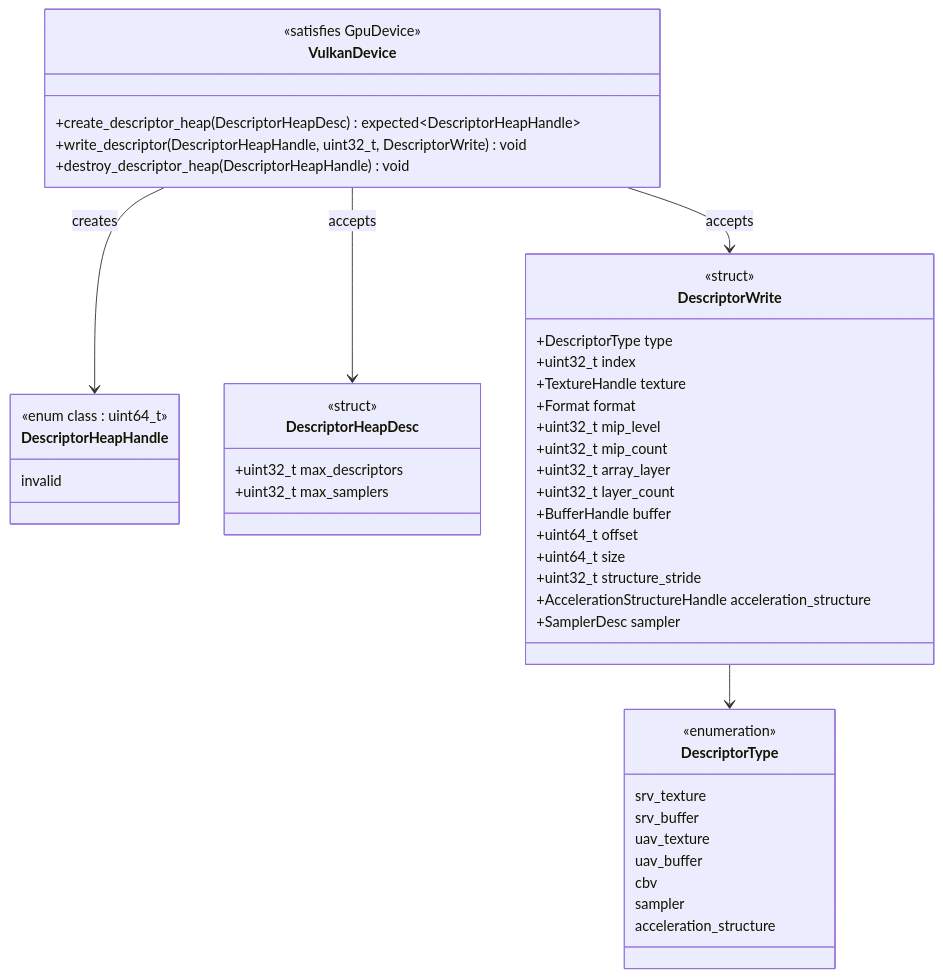
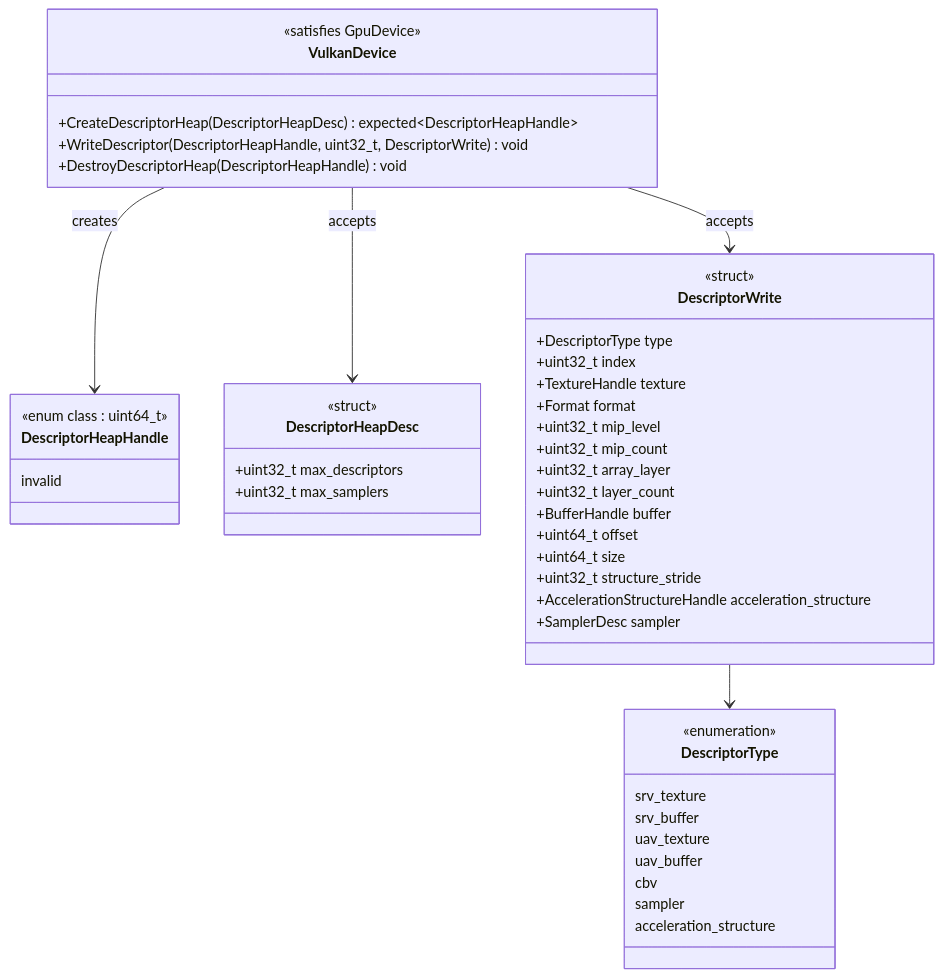
One commit to harmonius-dev/harmonius changed diagram 23 of 34 in docs/design/gpu-backend-vulkan-classes.md. Above: the diagram before and after it, drawn with Mermaid. The commit also changed other lines of this file and 67 other files, not shown here.

````diff
--- a/docs/design/gpu-backend-vulkan-classes.md
+++ b/docs/design/gpu-backend-vulkan-classes.md
@@ -1158,50 +1158,50 @@
 ```mermaid
 classDiagram
     class VulkanDevice {
         <<satisfies GpuDevice>>
-        +create_descriptor_heap(DescriptorHeapDesc) expected~DescriptorHeapHandle~
-        +write_descriptor(DescriptorHeapHandle, uint32_t, DescriptorWrite) void
-        +destroy_descriptor_heap(DescriptorHeapHandle) void
+        +CreateDescriptorHeap(DescriptorHeapDesc) expected~DescriptorHeapHandle~
+        +WriteDescriptor(DescriptorHeapHandle, uint32_t, DescriptorWrite) void
+        +DestroyDescriptorHeap(DescriptorHeapHandle) void
     }
     class DescriptorHeapHandle {
         <<enum class : uint64_t>>
         invalid
     }
     class DescriptorHeapDesc {
         <<struct>>
         +uint32_t max_descriptors
         +uint32_t max_samplers
     }
     class DescriptorType {
         <<enumeration>>
         srv_texture
         srv_buffer
         uav_texture
         uav_buffer
         cbv
         sampler
         acceleration_structure
     }
     class DescriptorWrite {
         <<struct>>
         +DescriptorType type
         +uint32_t index
         +TextureHandle texture
         +Format format
         +uint32_t mip_level
         +uint32_t mip_count
         +uint32_t array_layer
         +uint32_t layer_count
         +BufferHandle buffer
         +uint64_t offset
         +uint64_t size
         +uint32_t structure_stride
         +AccelerationStructureHandle acceleration_structure
         +SamplerDesc sampler
     }
 
     VulkanDevice --> DescriptorHeapHandle : creates
     VulkanDevice --> DescriptorHeapDesc : accepts
     VulkanDevice --> DescriptorWrite : accepts
     DescriptorWrite --> DescriptorType
 ```
````
